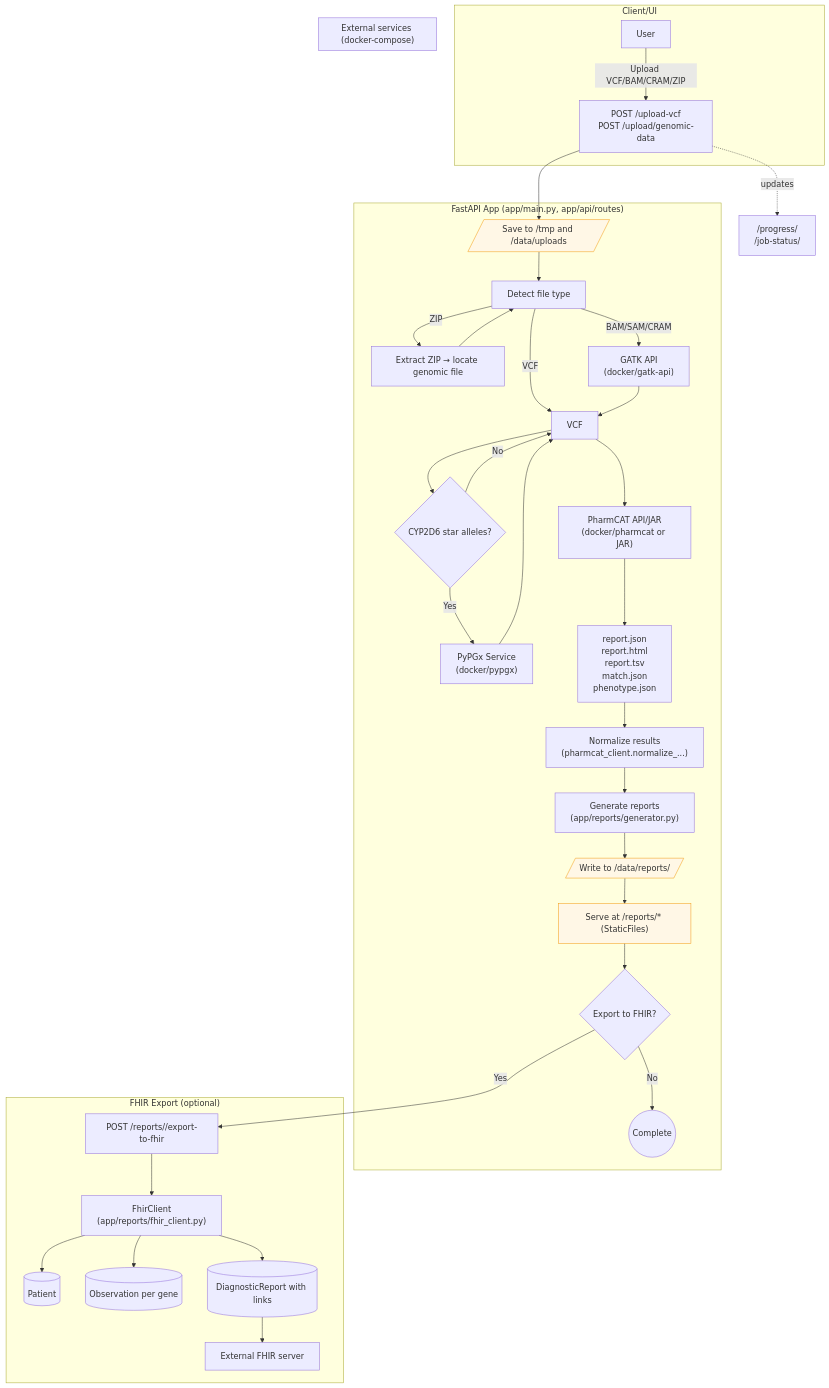
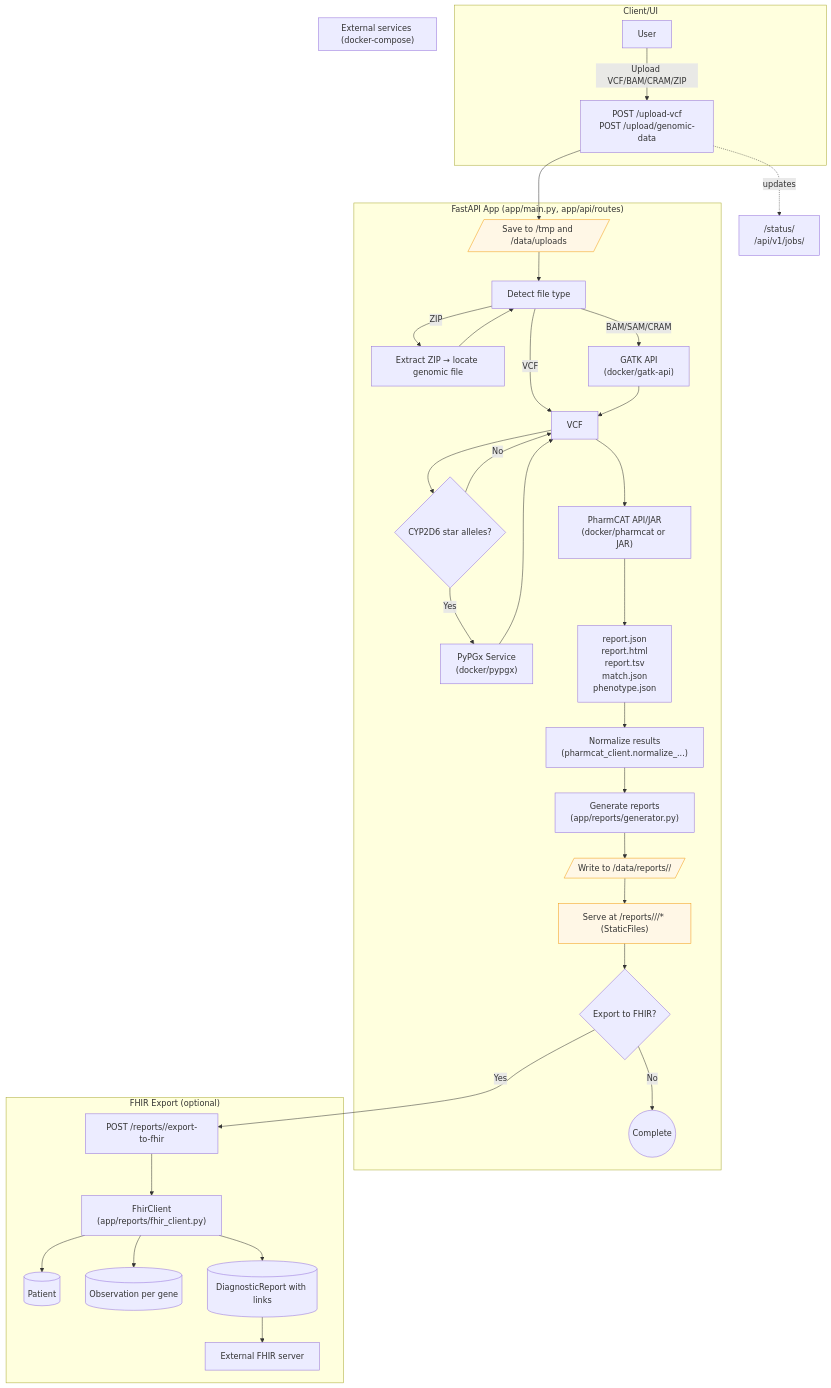
One commit to Zaromics/ZaroPGx changed the diagram in app/visualizations/workflow.md. Above: the diagram before and after it, drawn with Mermaid. The commit also changed other lines of this file and 6 other files, not shown here.

Commit message:
docs: document 137c data_id, nested reports, and cancel hard-cut

````diff
--- a/app/visualizations/workflow.md
+++ b/app/visualizations/workflow.md
@@ -5,58 +5,58 @@
 ```mermaid
 flowchart TD
   %% ZaroPGx end-to-end processing flow
 
   subgraph Client["Client/UI"]
     U[User]
     U -->|Upload VCF/BAM/CRAM/ZIP| UploadEndpoints["POST /upload-vcf<br/>POST /upload/genomic-data"]
   end
 
   subgraph FastAPI["FastAPI App (app/main.py, app/api/routes)"]
     UploadEndpoints --> SaveTmp[/Save to /tmp and /data/uploads/]
     SaveTmp --> Detect[Detect file type]
     Detect -->|ZIP| Extract[Extract ZIP → locate genomic file]
     Extract --> Detect
     Detect -->|BAM/SAM/CRAM| GATK
     Detect -->|VCF| VCF[VCF]
     GATK --> VCF
 
     VCF --> PYP_DEC{CYP2D6 star alleles?}
     PYP_DEC -->|Yes| PYP
     PYP --> VCF
     PYP_DEC -->|No| VCF
 
     VCF --> PCAT
     PCAT --> PCOutputs["report.json<br/>report.html<br/>report.tsv<br/>match.json<br/>phenotype.json"]
     PCOutputs --> Normalize["Normalize results<br/>(pharmcat_client.normalize_...)"]
     Normalize --> Generate["Generate reports<br/>(app/reports/generator.py)"]
-    Generate --> ReportsDir[/Write to /data/reports/<report_id>/]
-    ReportsDir --> Serve["Serve at /reports/* (StaticFiles)"]
+    Generate --> ReportsDir[/Write to /data/reports/<patient_id>/<job_id>/]
+    ReportsDir --> Serve["Serve at /reports/<patient_id>/<job_id>/* (StaticFiles)"]
     Serve --> ExportDec{Export to FHIR?}
     ExportDec -->|No| Done((Complete))
   end
 
   subgraph Services["External services (docker-compose)"]
     GATK["GATK API<br/>(docker/gatk-api)"]
     PYP["PyPGx Service<br/>(docker/pypgx)"]
     PCAT["PharmCAT API/JAR<br/>(docker/pharmcat or JAR)"]
   end
 
   subgraph FHIR["FHIR Export (optional)"]
     ExportDec -->|Yes| FhirRoute["POST /reports/<report_id>/export-to-fhir"]
     FhirRoute --> FhirClient["FhirClient<br/>(app/reports/fhir_client.py)"]
     FhirClient --> Patient[(Patient)]
     FhirClient --> Observations[(Observation per gene)]
     FhirClient --> DiagnosticReport[(DiagnosticReport with links)]
     DiagnosticReport --> EHR[External FHIR server]
   end
 
   %% Progress tracking
-  UploadEndpoints -. updates .-> JobStatus["/progress/<job_id><br/>/job-status/<job_id>"]
+  UploadEndpoints -. updates .-> JobStatus["/status/<data_id><br/>/api/v1/jobs/<job_id>"]
 
   classDef app fill:#e7f0ff,stroke:#5b8def,stroke-width:1px;
   classDef svc fill:#f8f1ff,stroke:#9b59b6,stroke-width:1px;
   classDef fhir fill:#eaffea,stroke:#27ae60,stroke-width:1px;
   classDef io fill:#fff7e6,stroke:#f39c12,stroke-width:1px;
 
   class ReportsDir,Serve,SaveTmp io;
 ```
````
